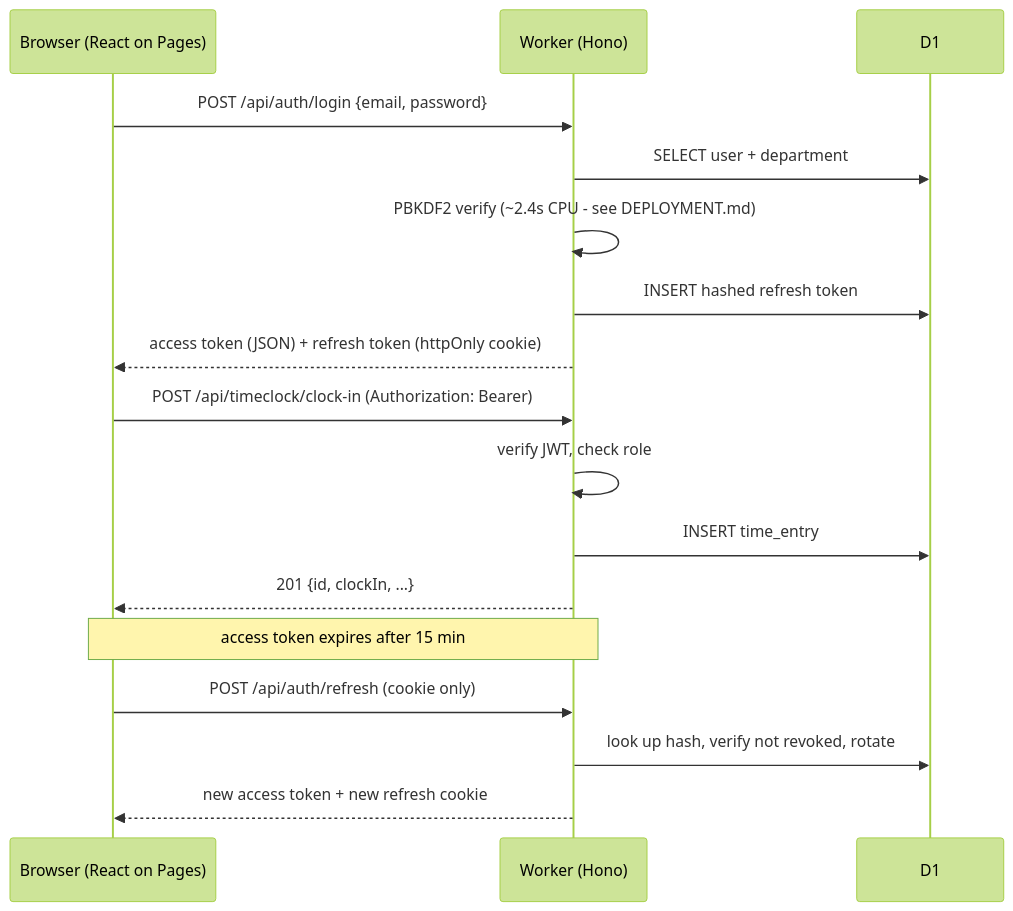
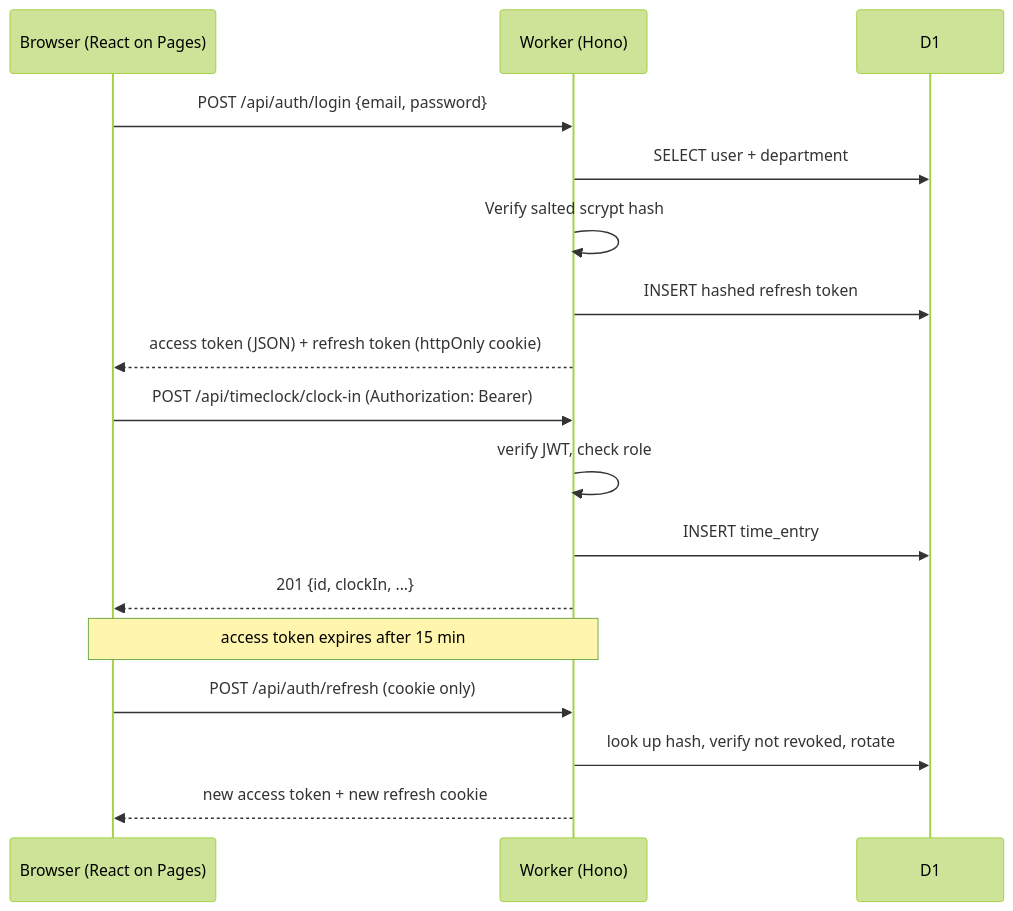
The diagram in docs/ARCHITECTURE.md (drewjeanette/Talon), drawn with Mermaid (forest theme) before and after one commit. The commit also changed other lines of this file and 17 other files, not shown here.

````diff
--- a/docs/ARCHITECTURE.md
+++ b/docs/ARCHITECTURE.md
@@ -46,22 +46,22 @@
 ```mermaid
 sequenceDiagram
     participant B as Browser (React on Pages)
     participant W as Worker (Hono)
     participant D as D1
 
     B->>W: POST /api/auth/login {email, password}
     W->>D: SELECT user + department
-    W->>W: PBKDF2 verify (~2.4s CPU - see DEPLOYMENT.md)
+    W->>W: Verify salted scrypt hash
     W->>D: INSERT hashed refresh token
     W-->>B: access token (JSON) + refresh token (httpOnly cookie)
 
     B->>W: POST /api/timeclock/clock-in (Authorization: Bearer)
     W->>W: verify JWT, check role
     W->>D: INSERT time_entry
     W-->>B: 201 {id, clockIn, ...}
 
     Note over B,W: access token expires after 15 min
     B->>W: POST /api/auth/refresh (cookie only)
     W->>D: look up hash, verify not revoked, rotate
     W-->>B: new access token + new refresh cookie
 ```
````
